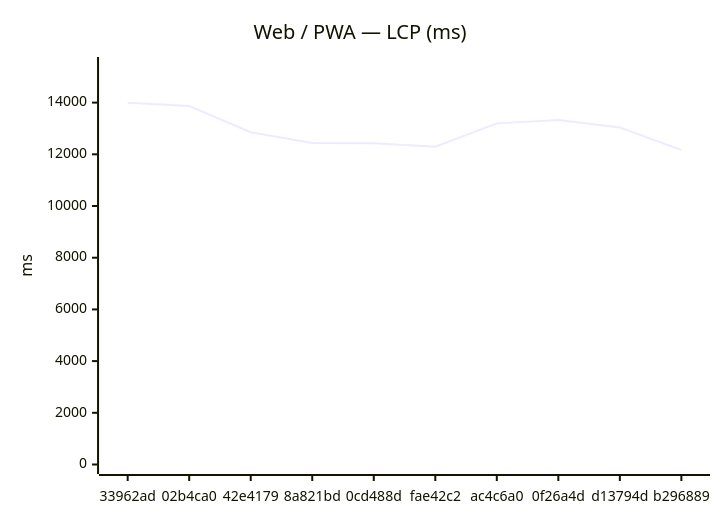
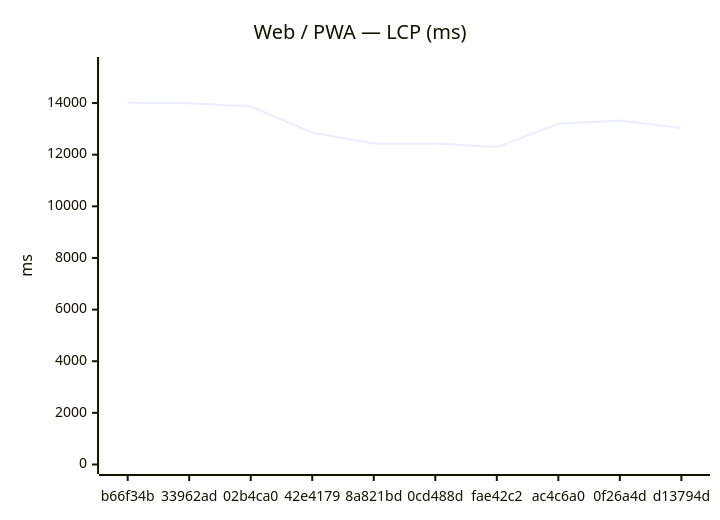
The first of 18 diagrams in benchmarks/compare.md (Metaheurist/Rianell), drawn with Mermaid before and after one commit. The commit also changed other lines of this file and 11 other files, not shown here.

````diff
--- a/benchmarks/compare.md
+++ b/benchmarks/compare.md
@@ -24,7 +24,7 @@
 ```mermaid
 xychart-beta
     title "Web / PWA — LCP (ms)"
-    x-axis ["33962ad", "02b4ca0", "42e4179", "8a821bd", "0cd488d", "fae42c2", "ac4c6a0", "0f26a4d", "d13794d", "b296889"]
-    y-axis "ms" 0 --> 15397
-    line [13997, 13868, 12854, 12437, 12430, 12295, 13197, 13323, 13038, 12168]
+    x-axis ["b66f34b", "33962ad", "02b4ca0", "42e4179", "8a821bd", "0cd488d", "fae42c2", "ac4c6a0", "0f26a4d", "d13794d"]
+    y-axis "ms" 0 --> 15416
+    line [14014, 13997, 13868, 12854, 12437, 12430, 12295, 13197, 13323, 13038]
 ```
````
